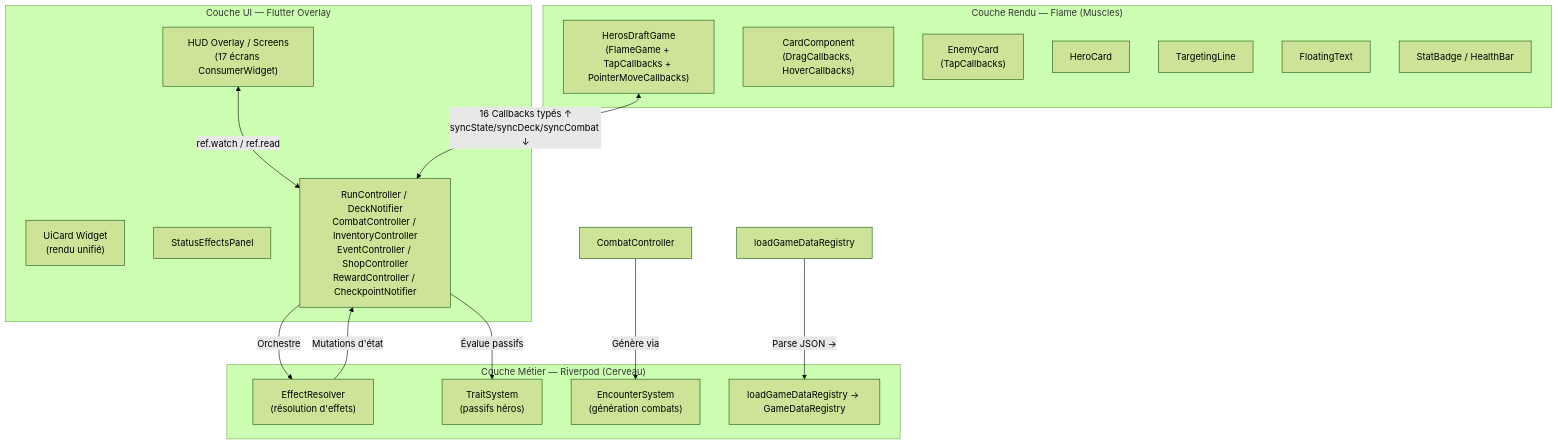
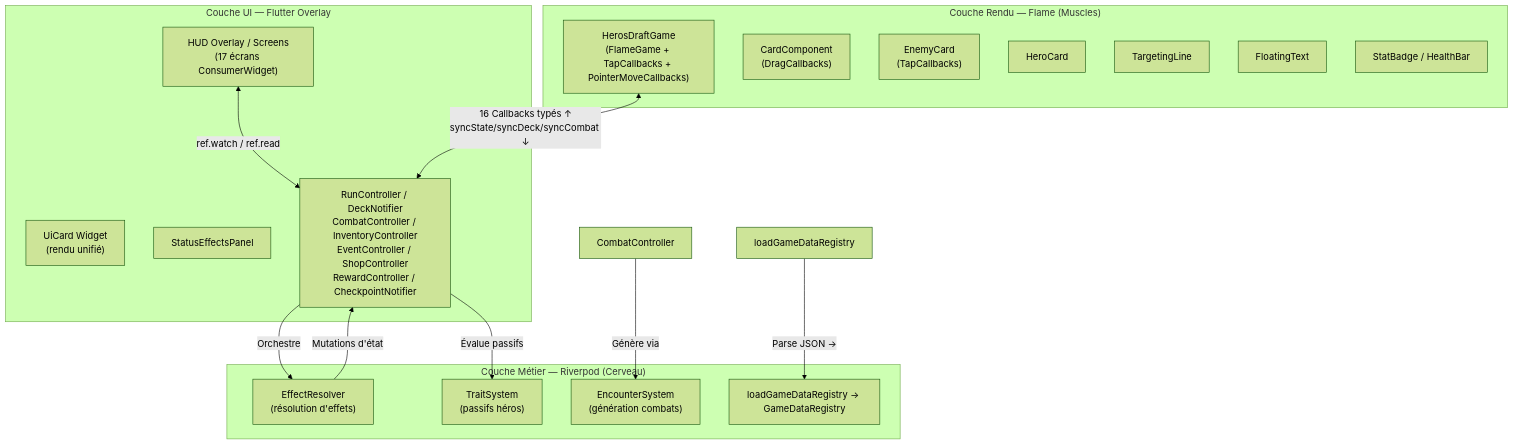
Before and after one commit to Hex-Umbra/hero-s-draft: the diagram in .obsidian_vault/_patterns/01-00-architecture-globale-separation-triangulaire.md, drawn with Mermaid (forest theme). The commit also changed 18 other files, not shown here.

````diff
--- a/.obsidian_vault/_patterns/01-00-architecture-globale-separation-triangulaire.md
+++ b/.obsidian_vault/_patterns/01-00-architecture-globale-separation-triangulaire.md
@@ -5,34 +5,34 @@
 ```mermaid
 graph TD
     subgraph "Couche UI — Flutter Overlay"
         UI["HUD Overlay / Screens<br/>(17 écrans ConsumerWidget)"]
         UiCard["UiCard Widget<br/>(rendu unifié)"]
         StatusPanel["StatusEffectsPanel"]
         UI <-->|"ref.watch / ref.read"| RVP
     end
 
     subgraph "Couche Métier — Riverpod (Cerveau)"
         RVP["RunController / DeckNotifier<br/>CombatController / InventoryController<br/>EventController / ShopController<br/>RewardController / CheckpointNotifier"]
         ER["EffectResolver<br/>(résolution d'effets)"]
         TS["TraitSystem<br/>(passifs héros)"]
         ES["EncounterSystem<br/>(génération combats)"]
         GD["loadGameDataRegistry → GameDataRegistry"]
     end
 
     subgraph "Couche Rendu — Flame (Muscles)"
         Game["HerosDraftGame<br/>(FlameGame + TapCallbacks + PointerMoveCallbacks)"]
-        CardComp["CardComponent<br/>(DragCallbacks, HoverCallbacks)"]
+        CardComp["CardComponent<br/>(DragCallbacks)"]
         EnemyComp["EnemyCard<br/>(TapCallbacks)"]
         HeroComp["HeroCard"]
         TargetLine["TargetingLine"]
         FloatText["FloatingText"]
         StatBdg["StatBadge / HealthBar"]
     end
 
     RVP -->|"Orchestre"| ER
     RVP -->|"Évalue passifs"| TS
     CombatCtrl["CombatController"] -->|"Génère via"| ES
     loadGameDataRegistry -->|"Parse JSON →"| GD
     ER -->|"Mutations d'état"| RVP
     Game <-->|"16 Callbacks typés ↑<br/>syncState/syncDeck/syncCombat ↓"| RVP
 ```
````
